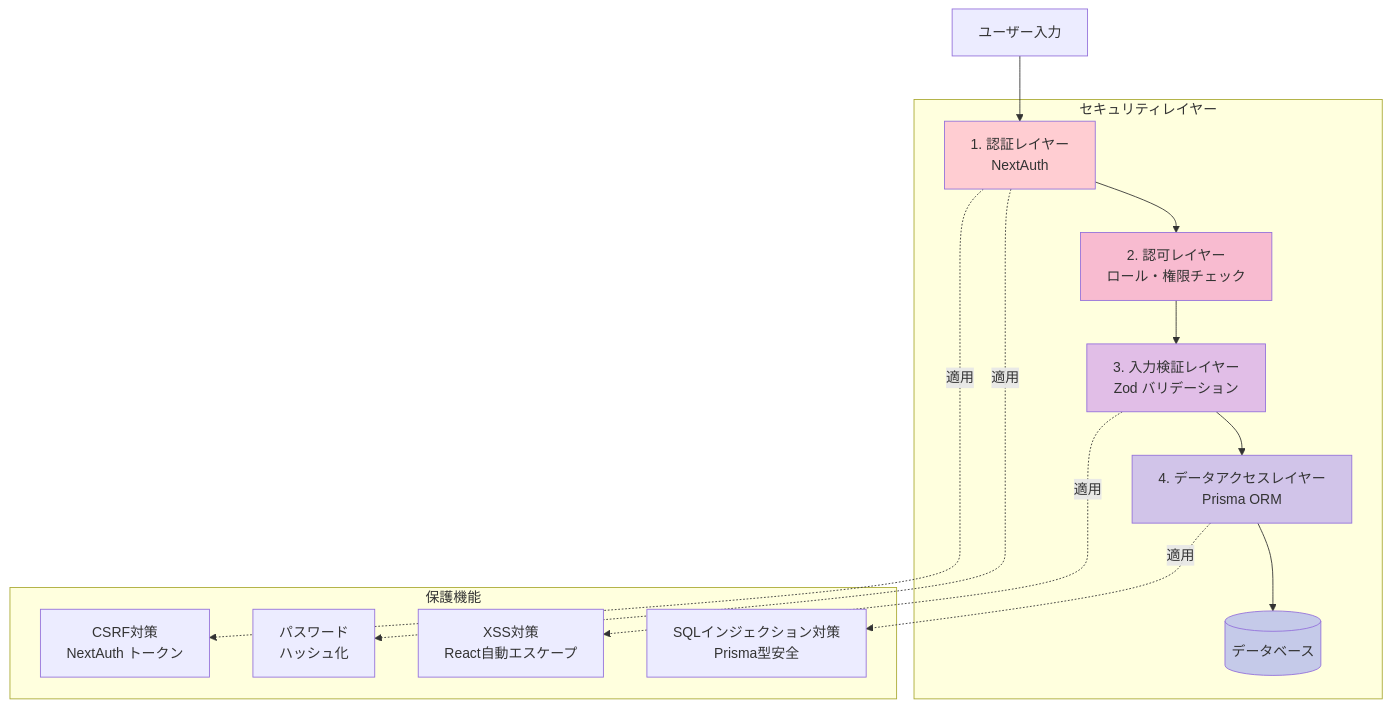
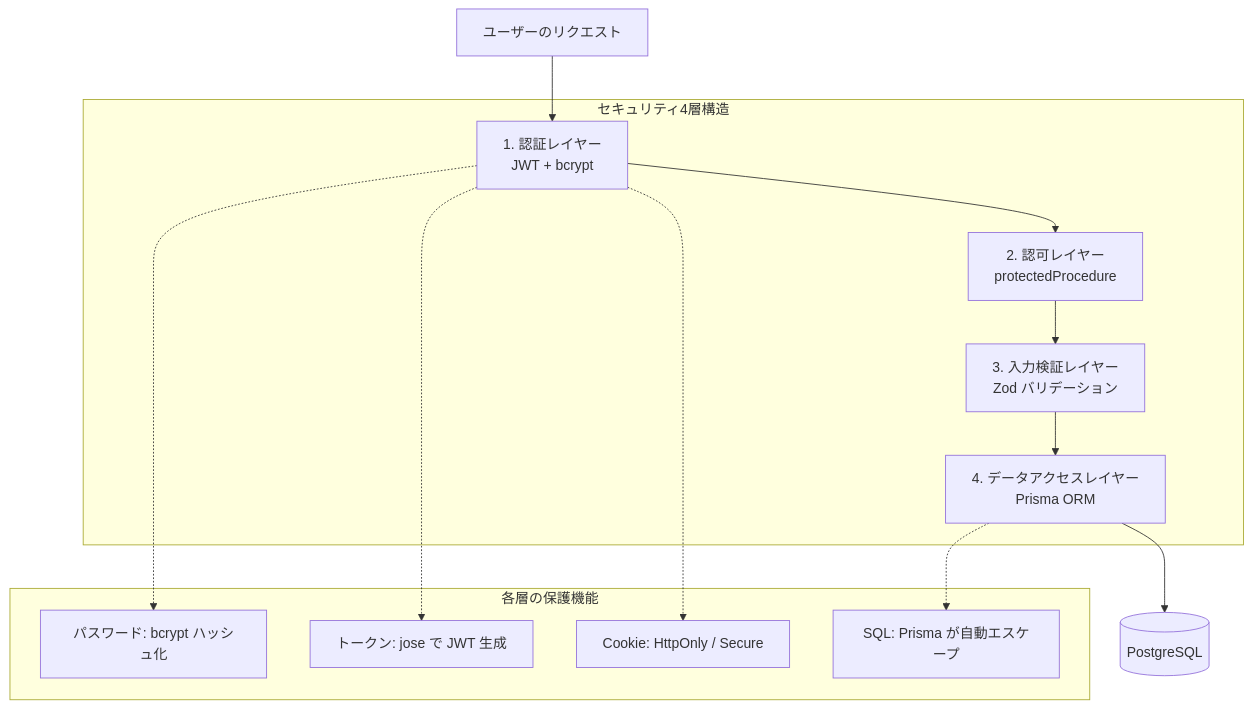
The diagram in material/30days-curriculum/day27_セキュリティ対策.md (kouiso/task-app), drawn with Mermaid before and after one commit. The commit also changed other lines of this file and 36 other files, not shown here.

````diff
--- a/material/30days-curriculum/day27_セキュリティ対策.md
+++ b/material/30days-curriculum/day27_セキュリティ対策.md
@@ -15,29 +24,27 @@
 ```mermaid
 graph TB
-    subgraph "セキュリティレイヤー"
-        A[1. 認証レイヤー<br/>NextAuth] --> B[2. 認可レイヤー<br/>ロール・権限チェック]
-        B --> C[3. 入力検証レイヤー<br/>Zod バリデーション]
-        C --> D[4. データアクセスレイヤー<br/>Prisma ORM]
-        D --> E[(データベース)]
+    F[ユーザーのリクエスト] --> A
+
+    subgraph "セキュリティ4層構造"
+        A[1. 認証レイヤー<br/>JWT + bcrypt] -->
+        B[2. 認可レイヤー<br/>protectedProcedure]
+        B -->
+        C[3. 入力検証レイヤー<br/>Zod バリデーション]
+        C -->
+        D[4. データアクセスレイヤー<br/>Prisma ORM]
     end
 
-    F[ユーザー入力] --> A
+    D --> E[(PostgreSQL)]
 
-    subgraph "保護機能"
-        G[パスワード<br/>ハッシュ化]
-        H[XSS対策<br/>React自動エスケープ]
-        I[CSRF対策<br/>NextAuth トークン]
-        J[SQLインジェクション対策<br/>Prisma型安全]
+    subgraph "各層の保護機能"
+        G[パスワード: bcrypt ハッシュ化]
+        H[トークン: jose で JWT 生成]
+        I[Cookie: HttpOnly / Secure]
+        J[SQL: Prisma が自動エスケープ]
     end
 
-    A -.適用.-> G
-    C -.適用.-> H
-    A -.適用.-> I
-    D -.適用.-> J
-
-    style A fill:#ffcdd2
-    style B fill:#f8bbd0
-    style C fill:#e1bee7
-    style D fill:#d1c4e9
-    style E fill:#c5cae9
+    A -.-> G
+    A -.-> H
+    A -.-> I
+    D -.-> J
 ```
````
